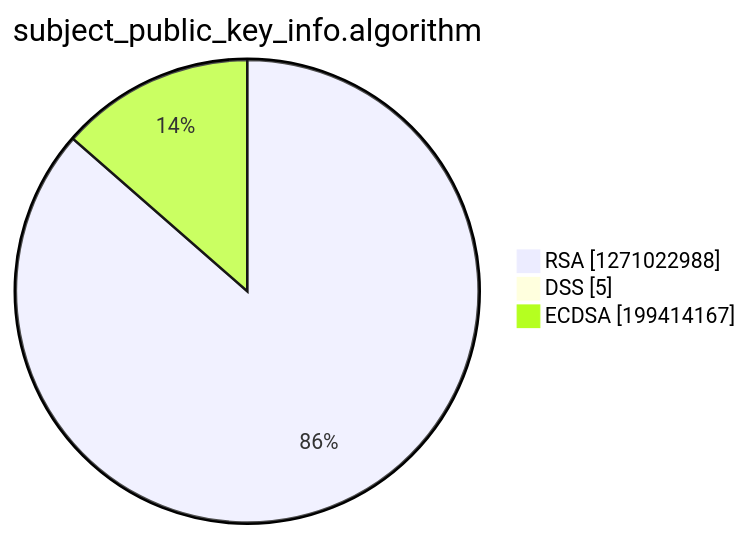
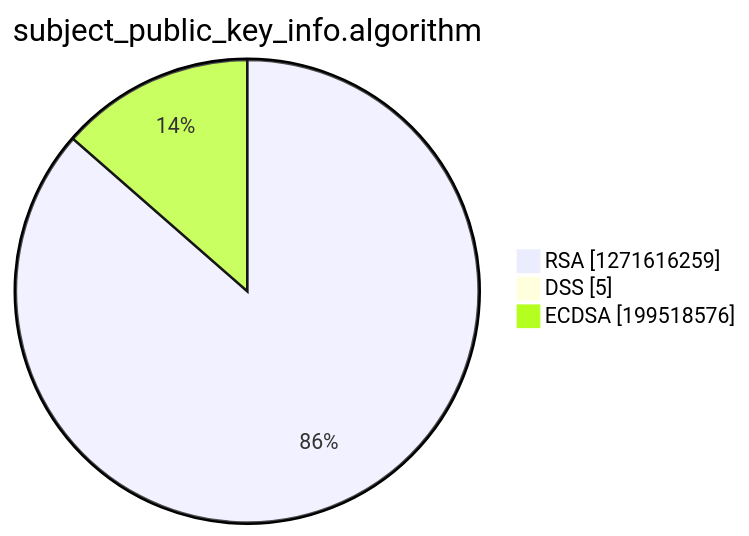
Before and after one commit to christiankrug/ctmonitor_visualization: the third of 15 diagrams in argon2022/README.md, drawn with Mermaid. The commit also changed other lines of this file, not shown here.

````diff
--- a/argon2022/README.md
+++ b/argon2022/README.md
@@ -14,7 +14,7 @@
 ```mermaid
 pie showData
 title subject_public_key_info.algorithm
-"RSA" :1271022988
+"RSA" :1271616259
 "DSS" :5
-"ECDSA" :199414167
+"ECDSA" :199518576
 ```
````
